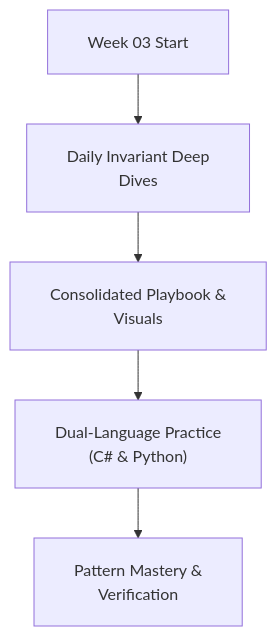
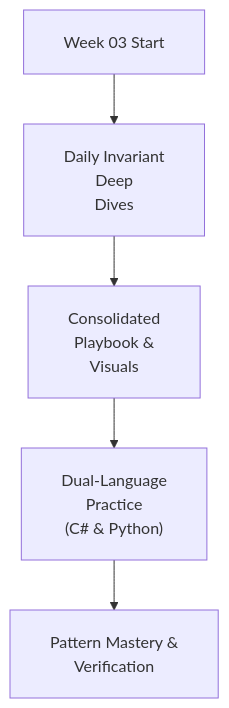
The diagram in week_03_foundations_iii_sorting_and_hashing/README.md (dip4k/DSA_102), drawn with Mermaid before and after one commit. The commit also changed 106 other files, not shown here.

First line of the commit message:
fix(mermaid): prevent text clipping with foreignObject overflow and tighter line wrapping

````diff
--- a/week_03_foundations_iii_sorting_and_hashing/README.md
+++ b/week_03_foundations_iii_sorting_and_hashing/README.md
@@ -16,8 +16,8 @@
 ```mermaid
-%%{init: {"flowchart": {"htmlLabels": true, "padding": 20}}}%%
+%%{init: {"flowchart": {"htmlLabels": true, "padding": 20}, "themeCSS": "foreignObject { overflow: visible !important; }"}}%%
 flowchart TD
-    Start["Week 03 Start"] --> Daily["Daily Invariant Deep<br/>Dives"]
-    Daily --> Playbook["Consolidated Playbook &<br/>Visuals"]
-    Playbook --> DualLang["Dual-Language Practice<br/>(C# & Python)"]
+    Start["Week 03 Start"] --> Daily["Daily Invariant<br/>Deep<br/>Dives"]
+    Daily --> Playbook["Consolidated<br/>Playbook &<br/>Visuals"]
+    Playbook --> DualLang["Dual-Language<br/>Practice<br/>(C# & Python)"]
     DualLang --> Mastery["Pattern Mastery &<br/>Verification"]
 ```
````
